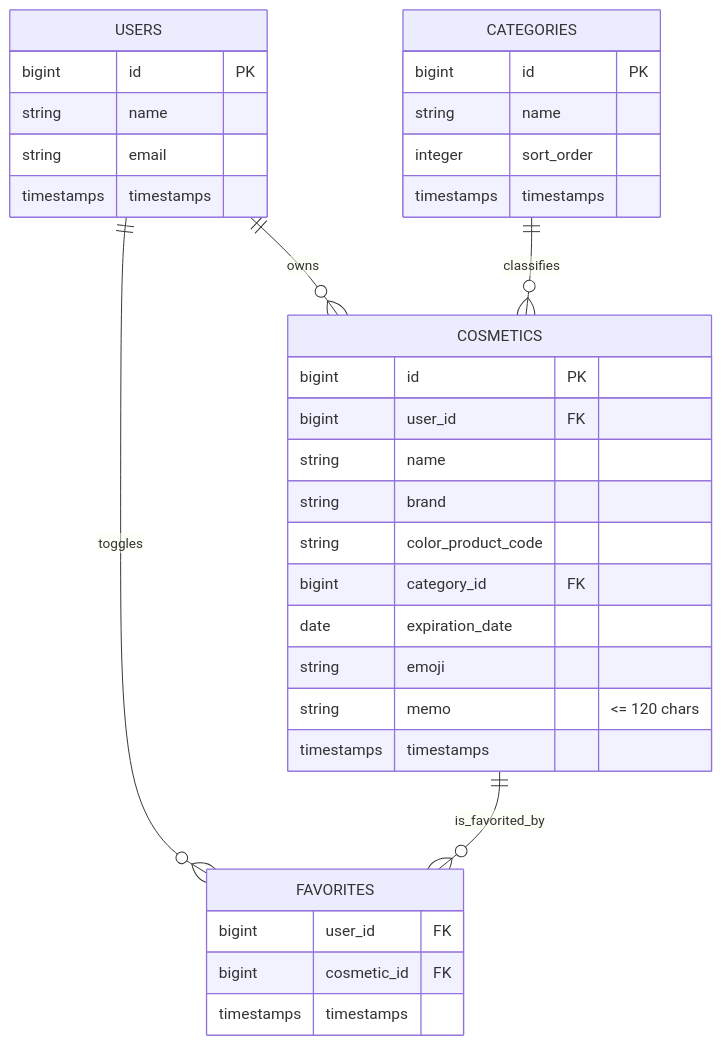
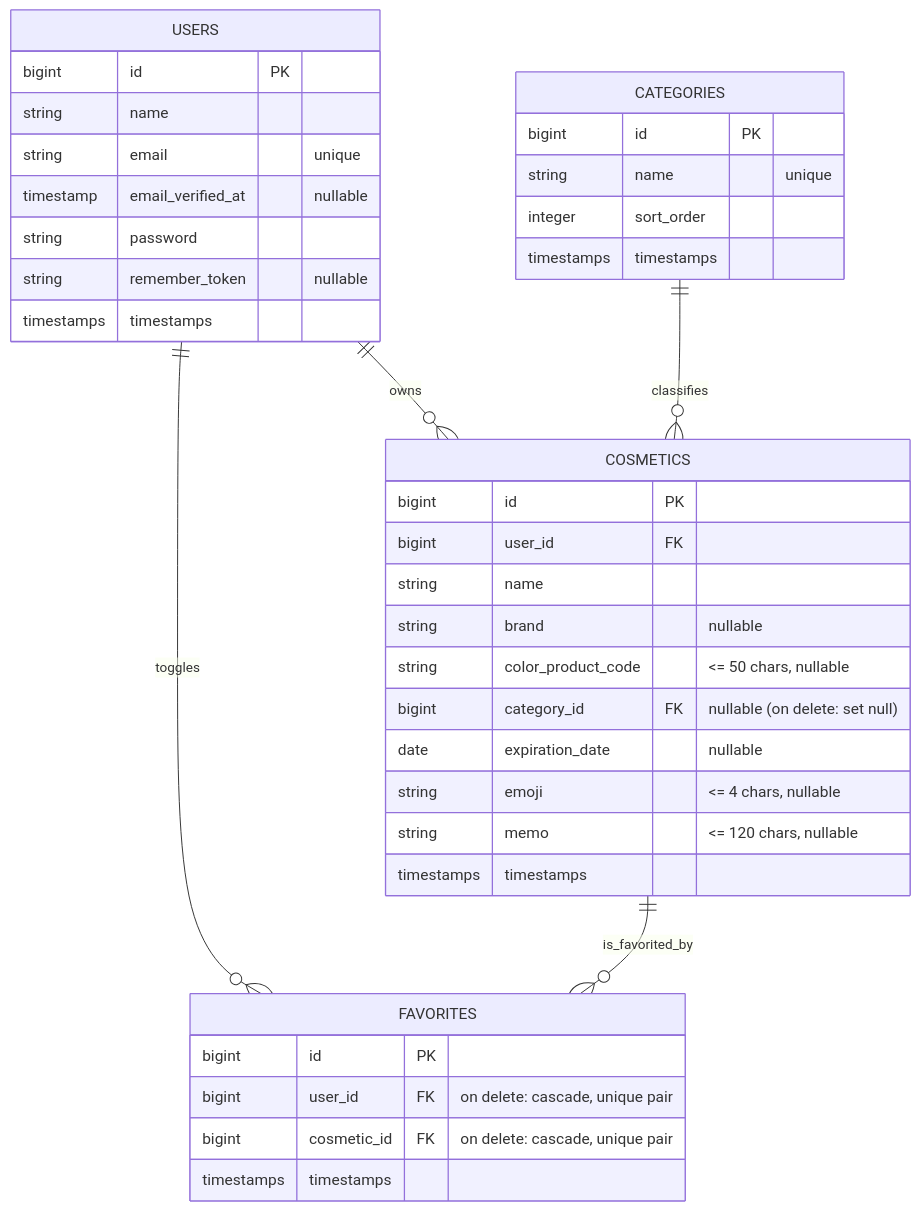
One commit to ysmk620/cosmetics-manager changed the third of 3 diagrams in docs/architecture.md. Above: the diagram before and after it, drawn with Mermaid. The commit also changed other lines of this file, not shown here.

Commit message:
docs:ER図を修正

````diff
--- a/docs/architecture.md
+++ b/docs/architecture.md
@@ -74,40 +74,44 @@
 ```mermaid
 erDiagram
     USERS ||--o{ COSMETICS : "owns"
     USERS ||--o{ FAVORITES : "toggles"
     COSMETICS ||--o{ FAVORITES : "is_favorited_by"
     CATEGORIES ||--o{ COSMETICS : "classifies"
 
     USERS {
         bigint id PK
         string name
-        string email
+        string email               "unique"
+        timestamp email_verified_at "nullable"
+        string password
+        string remember_token      "nullable"
         timestamps timestamps
     }
 
     CATEGORIES {
         bigint id PK
-        string name
+        string name               "unique"
         integer sort_order
         timestamps timestamps
     }
 
     COSMETICS {
         bigint id PK
         bigint user_id FK
         string name
-        string brand
-        string color_product_code
-        bigint category_id FK
-        date   expiration_date
-        string emoji
-        string memo  "<= 120 chars"
+        string brand                 "nullable"
+        string color_product_code    "<= 50 chars, nullable"
+        bigint category_id FK        "nullable (on delete: set null)"
+        date   expiration_date       "nullable"
+        string emoji                 "<= 4 chars, nullable"
+        string memo                  "<= 120 chars, nullable"
         timestamps timestamps
     }
 
     FAVORITES {
-        bigint user_id FK
-        bigint cosmetic_id FK
+        bigint id PK
+        bigint user_id FK         "on delete: cascade, unique pair"
+        bigint cosmetic_id FK     "on delete: cascade, unique pair"
         timestamps timestamps
     }
 ```
````
